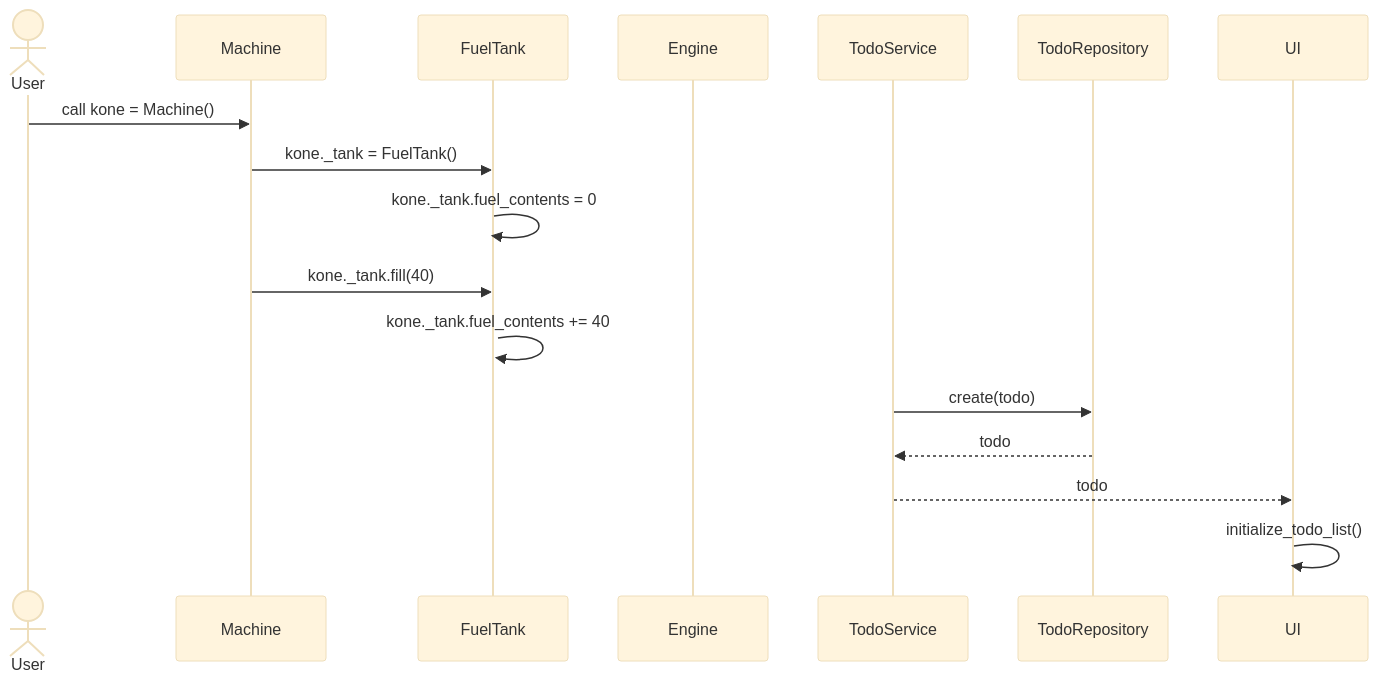
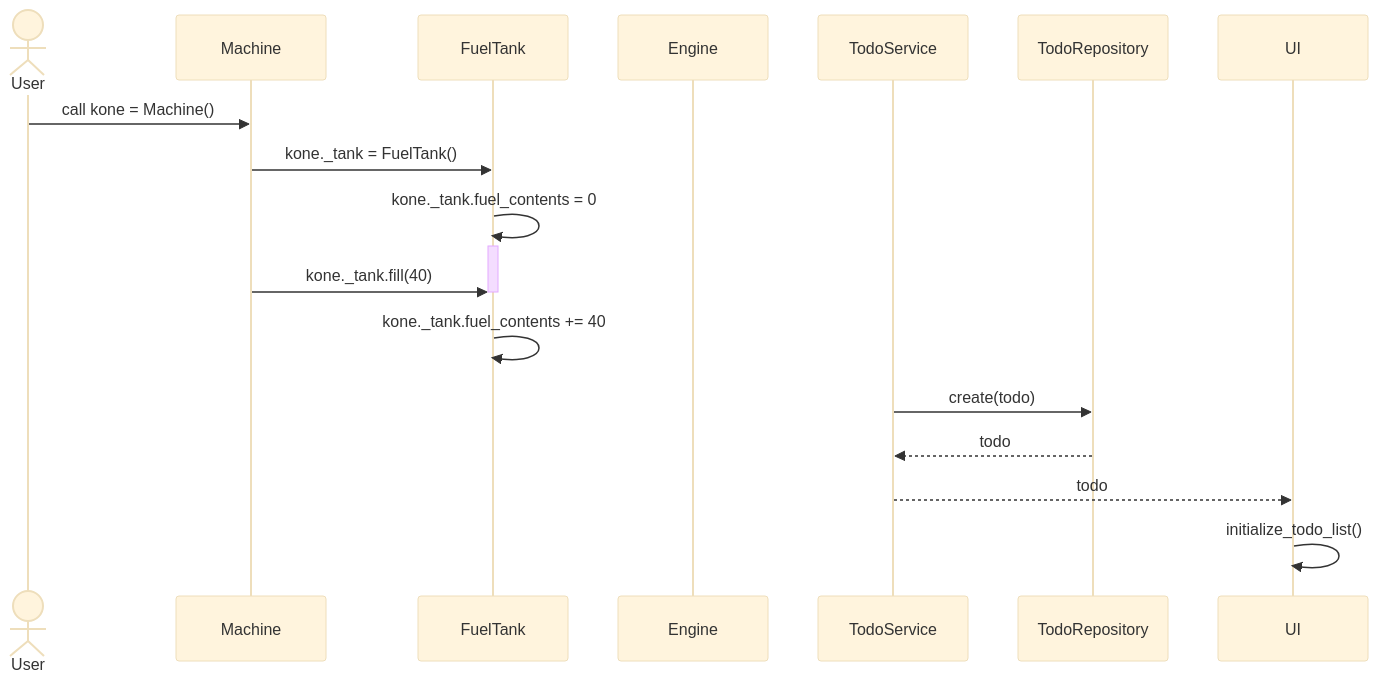
One commit to EeroAnt/ot-harjoitusty- changed the diagram in laskarit/viikko3/sekvenssikaavio.md. Above: the diagram before and after it, drawn with Mermaid (base theme).

Commit message:
sekvenssikaavio v0.132

````diff
--- a/laskarit/viikko3/sekvenssikaavio.md
+++ b/laskarit/viikko3/sekvenssikaavio.md
@@ -1,17 +1,18 @@
 ```mermaid
 sequenceDiagram
   actor User
   participant Machine
   participant FuelTank
   participant Engine
   User->>Machine: call kone = Machine()
   Machine->>FuelTank: kone._tank = FuelTank()
   FuelTank->>FuelTank: kone._tank.fuel_contents = 0
+  activate FuelTank
   Machine->>FuelTank: kone._tank.fill(40)
-  activate FuelTank
+  deactivate FuelTank
   FuelTank->>FuelTank: kone._tank.fuel_contents += 40  
   TodoService->>TodoRepository: create(todo)
   TodoRepository-->>TodoService: todo
   TodoService-->>UI: todo 
   UI->>UI: initialize_todo_list()
 ```
````
